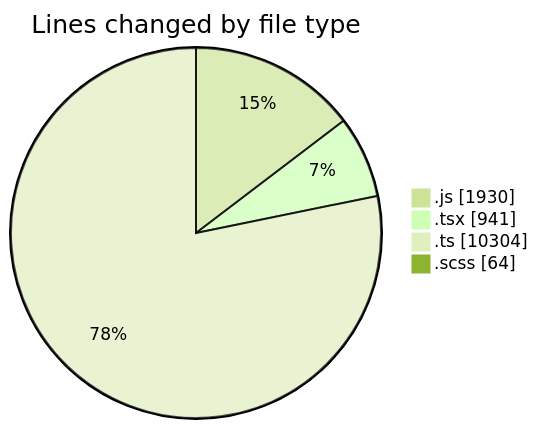
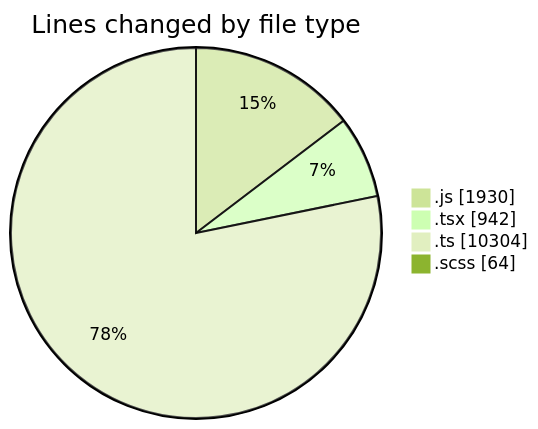
One commit to momahboobian/code-tracking changed the first of 2 diagrams in 2025-03-13/cda/README.md. Above: the diagram before and after it, drawn with Mermaid (forest theme). The commit also changed other lines of this file and 1 other file, not shown here.

````diff
--- a/2025-03-13/cda/README.md
+++ b/2025-03-13/cda/README.md
@@ -33,8 +33,8 @@
 ```mermaid
 pie showData
 title Lines changed by file type
 ".js" : 1930
-".tsx" : 941
+".tsx" : 942
 ".ts" : 10304
 ".scss" : 64
 ```
````
